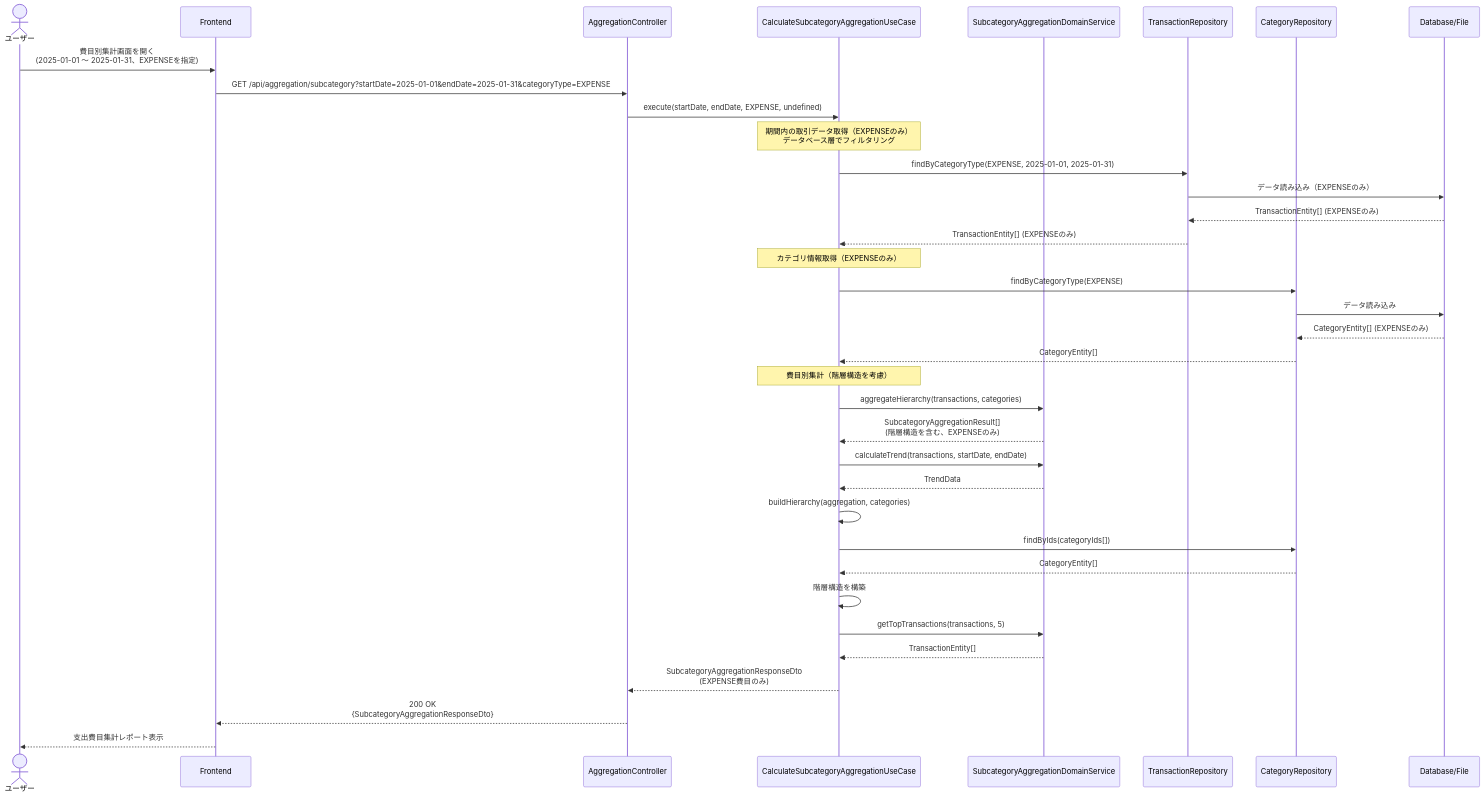
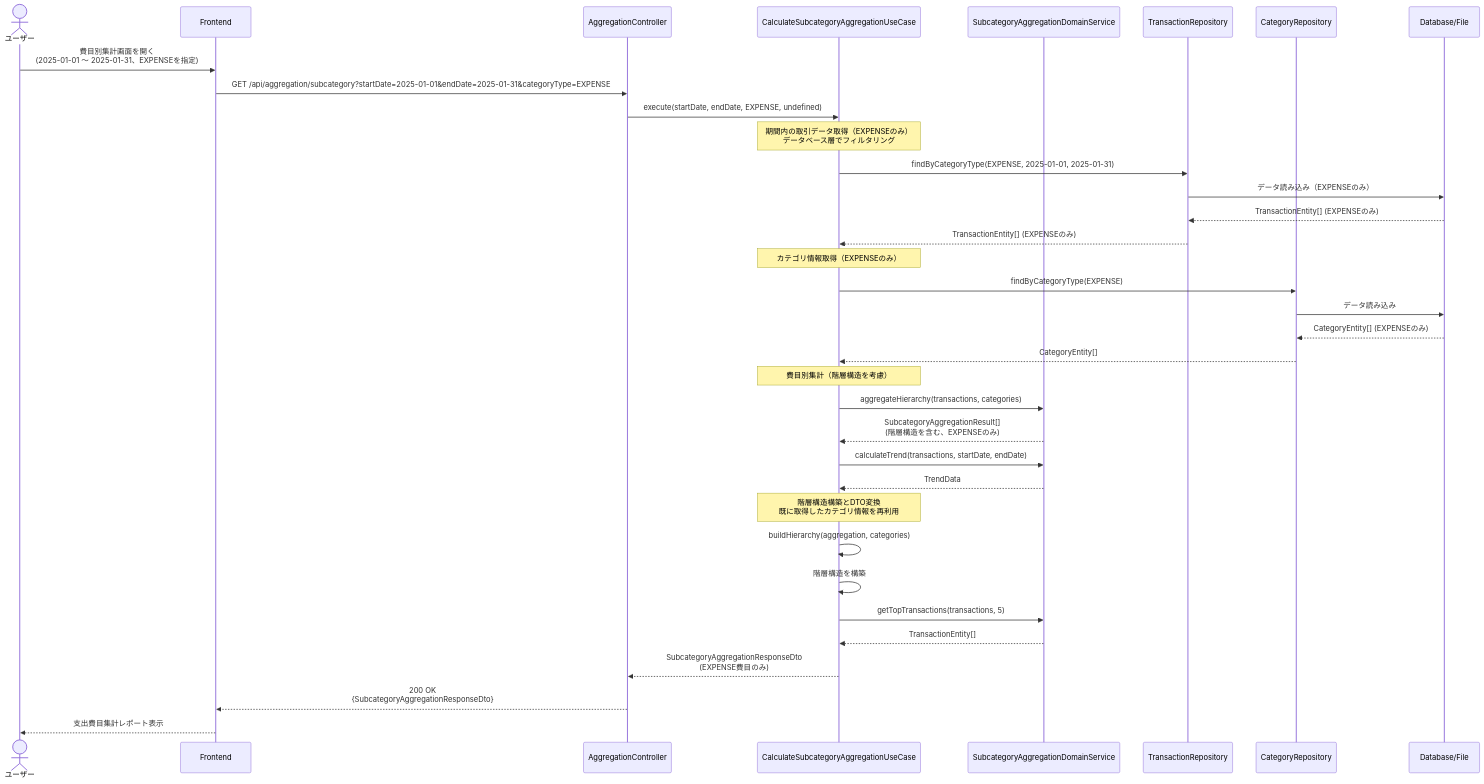
Before and after one commit to kencom2400/account-book: the second of 6 diagrams in docs/detailed-design/FR-019_subcategory-aggregation/sequence-diagrams.md, drawn with Mermaid. The commit also changed other lines of this file and 1 other file, not shown here.

````diff
--- a/docs/detailed-design/FR-019_subcategory-aggregation/sequence-diagrams.md
+++ b/docs/detailed-design/FR-019_subcategory-aggregation/sequence-diagrams.md
@@ -97,48 +96,47 @@
 ```mermaid
 sequenceDiagram
     actor User as ユーザー
     participant FE as Frontend
     participant API as AggregationController
     participant UC as CalculateSubcategoryAggregationUseCase
     participant DS as SubcategoryAggregationDomainService
     participant TRepo as TransactionRepository
     participant CRepo as CategoryRepository
     participant DB as Database/File
 
     User->>FE: 費目別集計画面を開く<br/>(2025-01-01 〜 2025-01-31、EXPENSEを指定)
     FE->>API: GET /api/aggregation/subcategory?startDate=2025-01-01&endDate=2025-01-31&categoryType=EXPENSE
 
     API->>UC: execute(startDate, endDate, EXPENSE, undefined)
 
     Note over UC: 期間内の取引データ取得（EXPENSEのみ）<br/>データベース層でフィルタリング
     UC->>TRepo: findByCategoryType(EXPENSE, 2025-01-01, 2025-01-31)
     TRepo->>DB: データ読み込み（EXPENSEのみ）
     DB-->>TRepo: TransactionEntity[] (EXPENSEのみ)
     TRepo-->>UC: TransactionEntity[] (EXPENSEのみ)
 
     Note over UC: カテゴリ情報取得（EXPENSEのみ）
     UC->>CRepo: findByCategoryType(EXPENSE)
     CRepo->>DB: データ読み込み
     DB-->>CRepo: CategoryEntity[] (EXPENSEのみ)
     CRepo-->>UC: CategoryEntity[]
 
     Note over UC: 費目別集計（階層構造を考慮）
     UC->>DS: aggregateHierarchy(transactions, categories)
     DS-->>UC: SubcategoryAggregationResult[]<br/>(階層構造を含む、EXPENSEのみ)
 
     UC->>DS: calculateTrend(transactions, startDate, endDate)
     DS-->>UC: TrendData
 
+    Note over UC: 階層構造構築とDTO変換<br/>既に取得したカテゴリ情報を再利用
     UC->>UC: buildHierarchy(aggregation, categories)
-    UC->>CRepo: findByIds(categoryIds[])
-    CRepo-->>UC: CategoryEntity[]
     UC->>UC: 階層構造を構築
 
     UC->>DS: getTopTransactions(transactions, 5)
     DS-->>UC: TransactionEntity[]
 
     UC-->>API: SubcategoryAggregationResponseDto<br/>(EXPENSE費目のみ)
 
     API-->>FE: 200 OK<br/>{SubcategoryAggregationResponseDto}
     FE-->>User: 支出費目集計レポート表示
 ```
````
